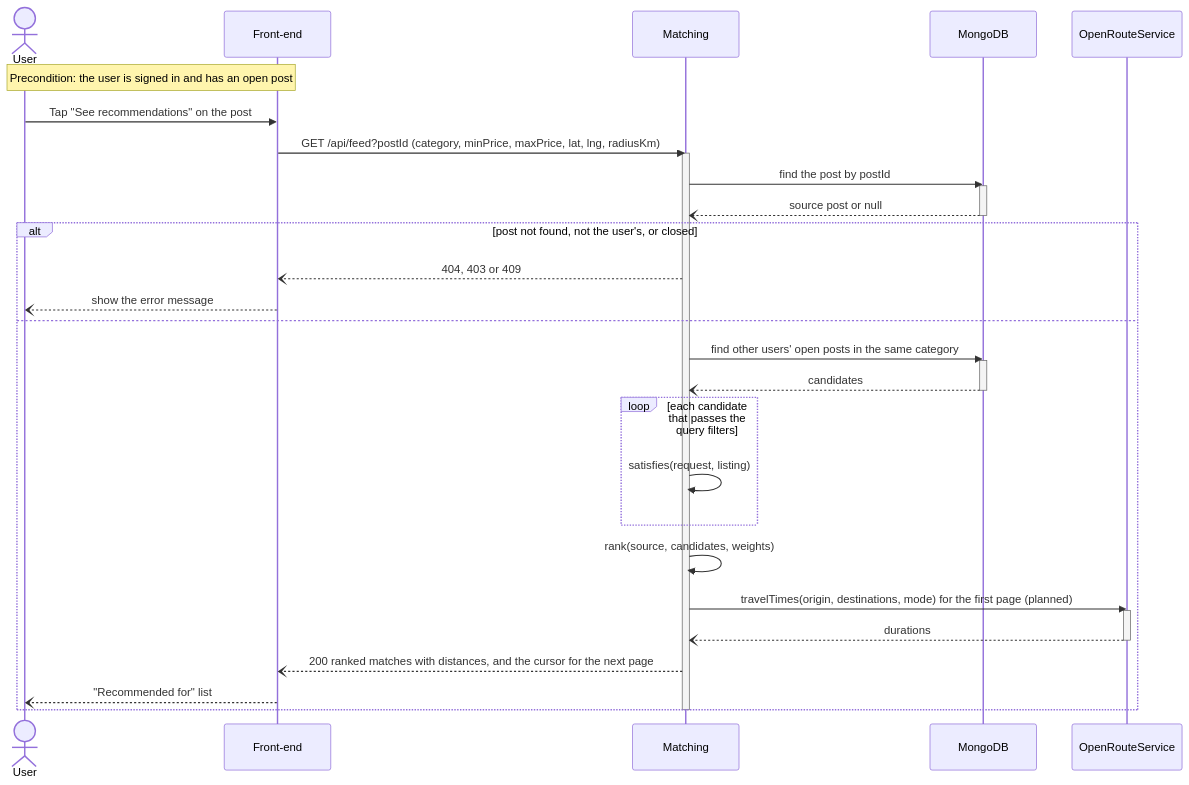
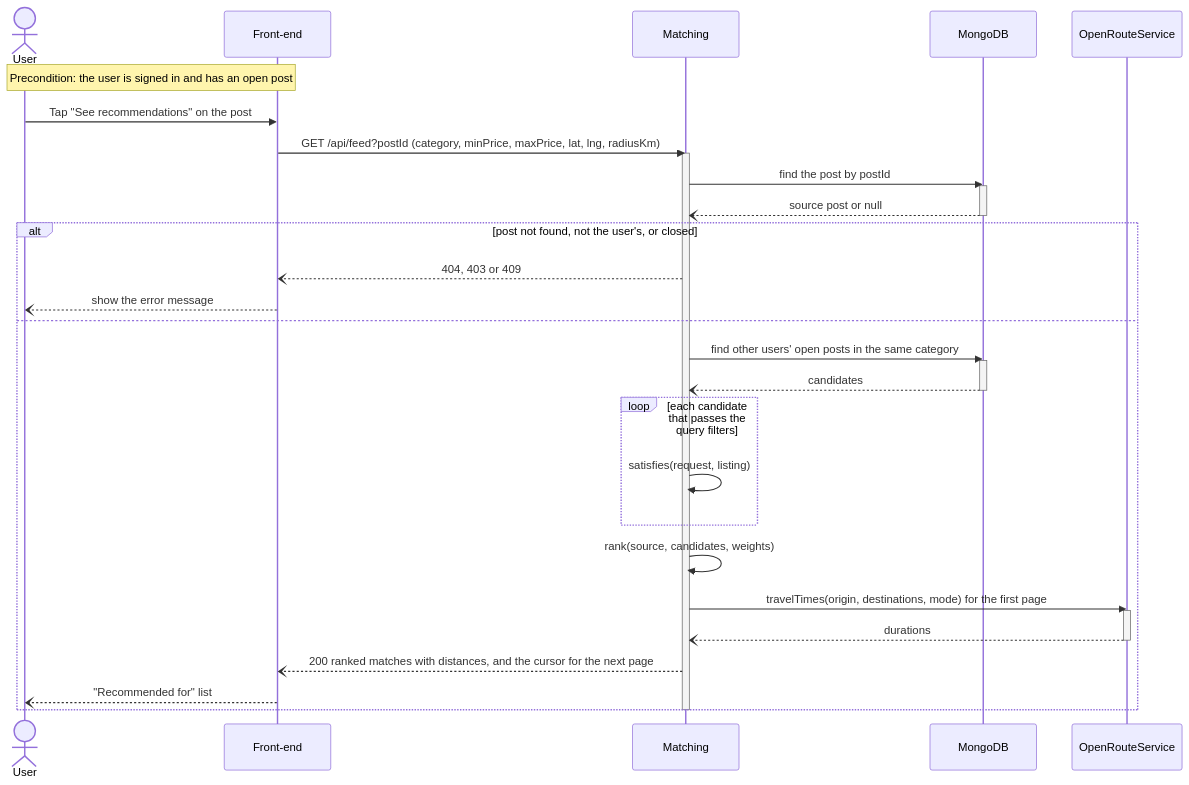
The fourth of 6 diagrams in documentation/Requirements_and_Design.md (m1lun/m1skeletonProject), drawn with Mermaid before and after one commit. The commit also changed other lines of this file and 2 other files, not shown here.

Commit message:
docs: document OpenRouteService travel times and ORS_API_KEY

````diff
--- a/documentation/Requirements_and_Design.md
+++ b/documentation/Requirements_and_Design.md
@@ -555,36 +556,36 @@
 ```mermaid
 sequenceDiagram
     actor U as User
     participant FE as Front-end
     participant M as Matching
     participant DB as MongoDB
     participant ORS as OpenRouteService
     Note over U,FE: Precondition: the user is signed in and has an open post
     U->>FE: Tap "See recommendations" on the post
     FE->>M: GET /api/feed?postId (category, minPrice, maxPrice, lat, lng, radiusKm)
     activate M
     M->>DB: find the post by postId
     activate DB
     DB--)M: source post or null
     deactivate DB
     alt post not found, not the user's, or closed
         M--)FE: 404, 403 or 409
         FE--)U: show the error message
     else
         M->>DB: find other users' open posts in the same category
         activate DB
         DB--)M: candidates
         deactivate DB
         loop each candidate that passes the query filters
             M->>M: satisfies(request, listing)
         end
         M->>M: rank(source, candidates, weights)
-        M->>ORS: travelTimes(origin, destinations, mode) for the first page (planned)
+        M->>ORS: travelTimes(origin, destinations, mode) for the first page
         activate ORS
         ORS--)M: durations
         deactivate ORS
         M--)FE: 200 ranked matches with distances, and the cursor for the next page
         FE--)U: "Recommended for" list
     end
     deactivate M
 ```
````
